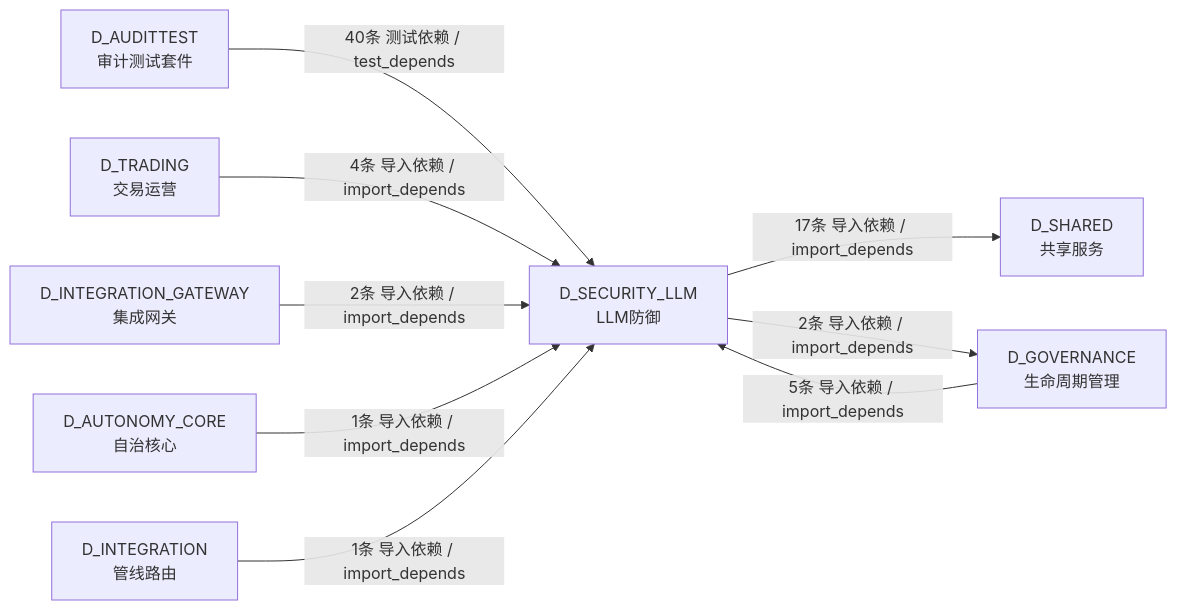
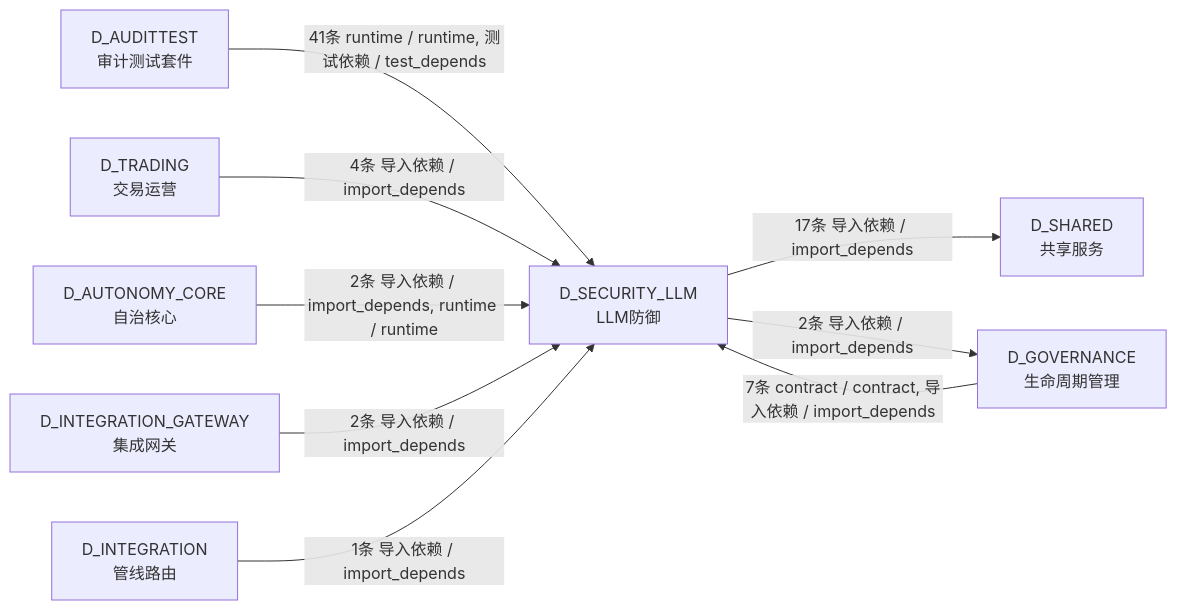
Before and after one commit to xuanFelixVan/ZephyrAlpha: the fifth of 5 diagrams in docs/02_enterprise_architecture/02_domain_architecture_docs/18_d_security_llm.md, drawn with Mermaid. The commit also changed other lines of this file and 100 other files, not shown here.

````diff
--- a/docs/02_enterprise_architecture/02_domain_architecture_docs/18_d_security_llm.md
+++ b/docs/02_enterprise_architecture/02_domain_architecture_docs/18_d_security_llm.md
@@ -516,19 +520,19 @@
 ```mermaid
 graph LR
     D_SECURITY_LLM["D_SECURITY_LLM<br/>LLM防御"]
     D_SHARED["D_SHARED<br/>共享服务"]
     D_GOVERNANCE["D_GOVERNANCE<br/>生命周期管理"]
     D_AUDITTEST["D_AUDITTEST<br/>审计测试套件"]
     D_TRADING["D_TRADING<br/>交易运营"]
+    D_AUTONOMY_CORE["D_AUTONOMY_CORE<br/>自治核心"]
     D_INTEGRATION_GATEWAY["D_INTEGRATION_GATEWAY<br/>集成网关"]
-    D_AUTONOMY_CORE["D_AUTONOMY_CORE<br/>自治核心"]
     D_INTEGRATION["D_INTEGRATION<br/>管线路由"]
     D_SECURITY_LLM -->|17条 导入依赖 / import_depends| D_SHARED
     D_SECURITY_LLM -->|2条 导入依赖 / import_depends| D_GOVERNANCE
-    D_AUDITTEST -->|40条 测试依赖 / test_depends| D_SECURITY_LLM
-    D_GOVERNANCE -->|5条 导入依赖 / import_depends| D_SECURITY_LLM
+    D_AUDITTEST -->|41条 runtime / runtime, 测试依赖 / test_depends| D_SECURITY_LLM
+    D_GOVERNANCE -->|7条 contract / contract, 导入依赖 / import_depends| D_SECURITY_LLM
     D_TRADING -->|4条 导入依赖 / import_depends| D_SECURITY_LLM
+    D_AUTONOMY_CORE -->|2条 导入依赖 / import_depends, runtime / runtime| D_SECURITY_LLM
     D_INTEGRATION_GATEWAY -->|2条 导入依赖 / import_depends| D_SECURITY_LLM
-    D_AUTONOMY_CORE -->|1条 导入依赖 / import_depends| D_SECURITY_LLM
     D_INTEGRATION -->|1条 导入依赖 / import_depends| D_SECURITY_LLM
 ```
````
